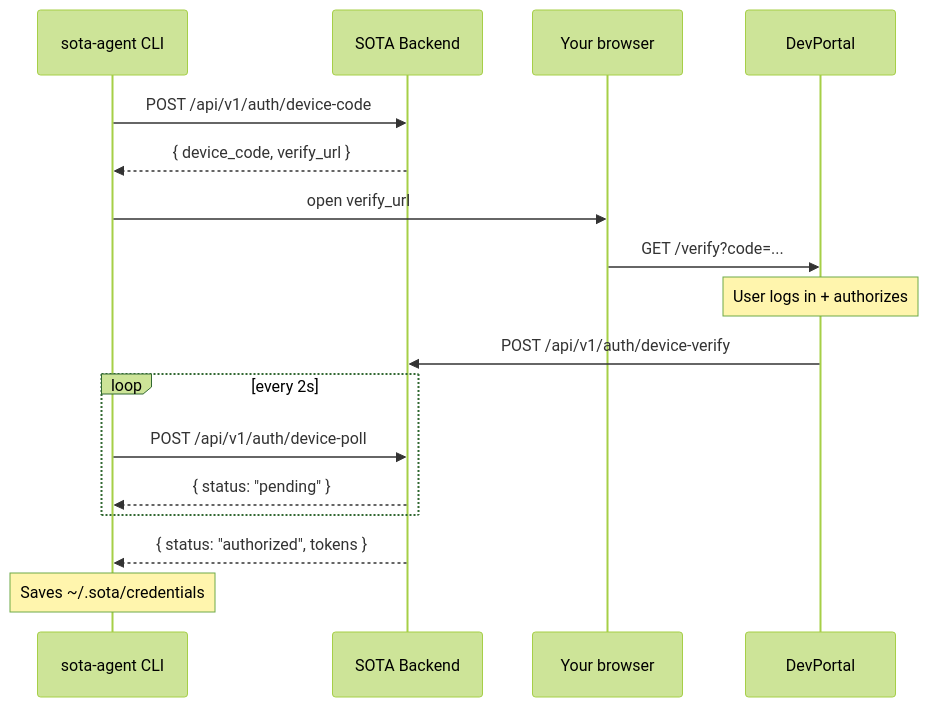
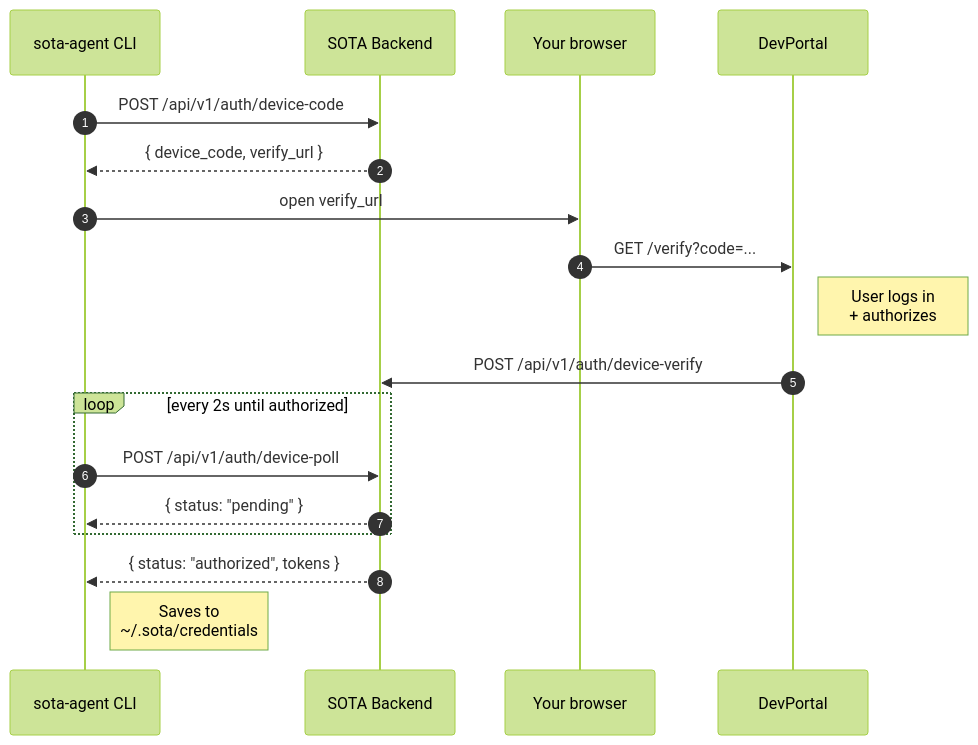
Before and after one commit to kolyamkl/sota-sdk-python: the second of 4 diagrams in README.md, drawn with Mermaid (forest theme). The commit also changed other lines of this file, not shown here.

Commit message:
docs: reduce sequenceDiagram overlap (autonumber + right-side notes)
Same fix as sota-sdk-ts: Note over Portal / CLI replaced with Note right of, <br/> line-break in note text, autonumber. Job-flow diagram gets the same treatment.

````diff
--- a/README.md
+++ b/README.md
@@ -72,20 +72,23 @@
 ```mermaid
 sequenceDiagram
+    autonumber
     participant CLI as sota-agent CLI
     participant API as SOTA Backend
     participant Browser as Your browser
     participant Portal as DevPortal
 
     CLI->>API: POST /api/v1/auth/device-code
     API-->>CLI: { device_code, verify_url }
     CLI->>Browser: open verify_url
     Browser->>Portal: GET /verify?code=...
-    Note over Portal: User logs in + authorizes
+    Note right of Portal: User logs in<br/>+ authorizes
     Portal->>API: POST /api/v1/auth/device-verify
-    loop every 2s
+
+    loop every 2s until authorized
         CLI->>API: POST /api/v1/auth/device-poll
         API-->>CLI: { status: "pending" }
     end
+
     API-->>CLI: { status: "authorized", tokens }
-    Note over CLI: Saves ~/.sota/credentials
+    Note right of CLI: Saves to<br/>~/.sota/credentials
 ```
````
